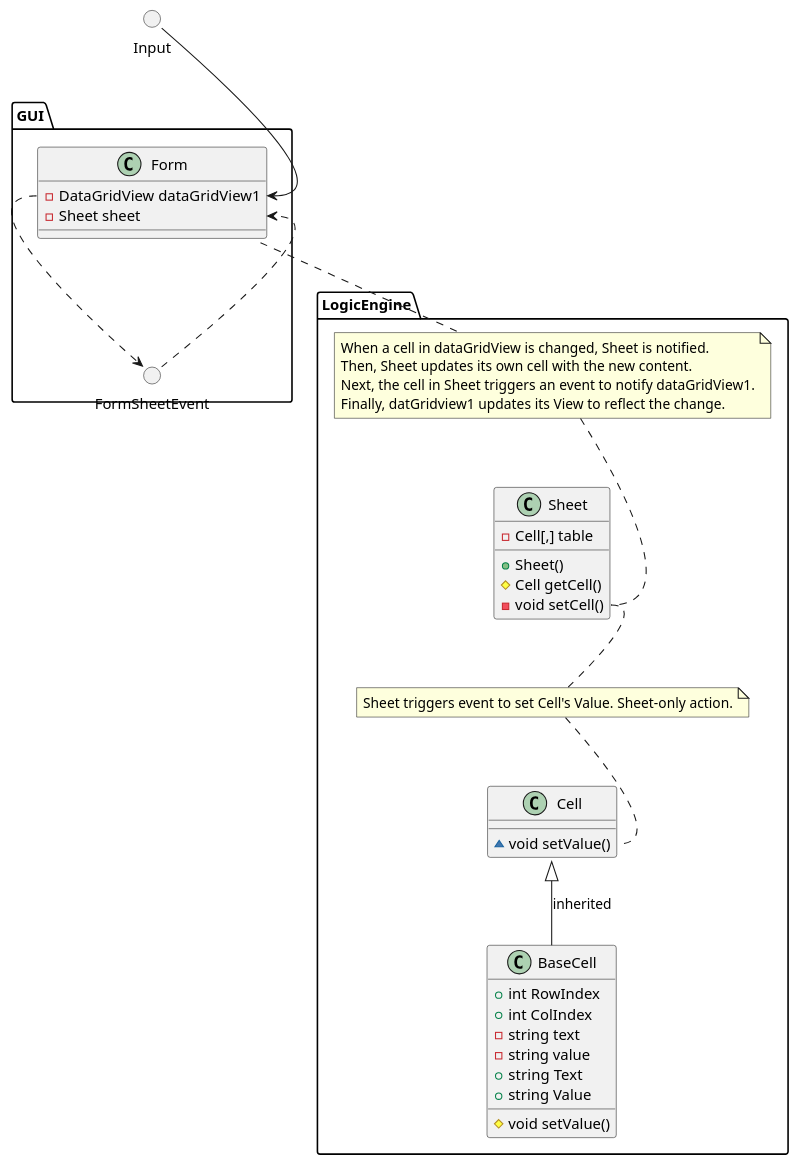
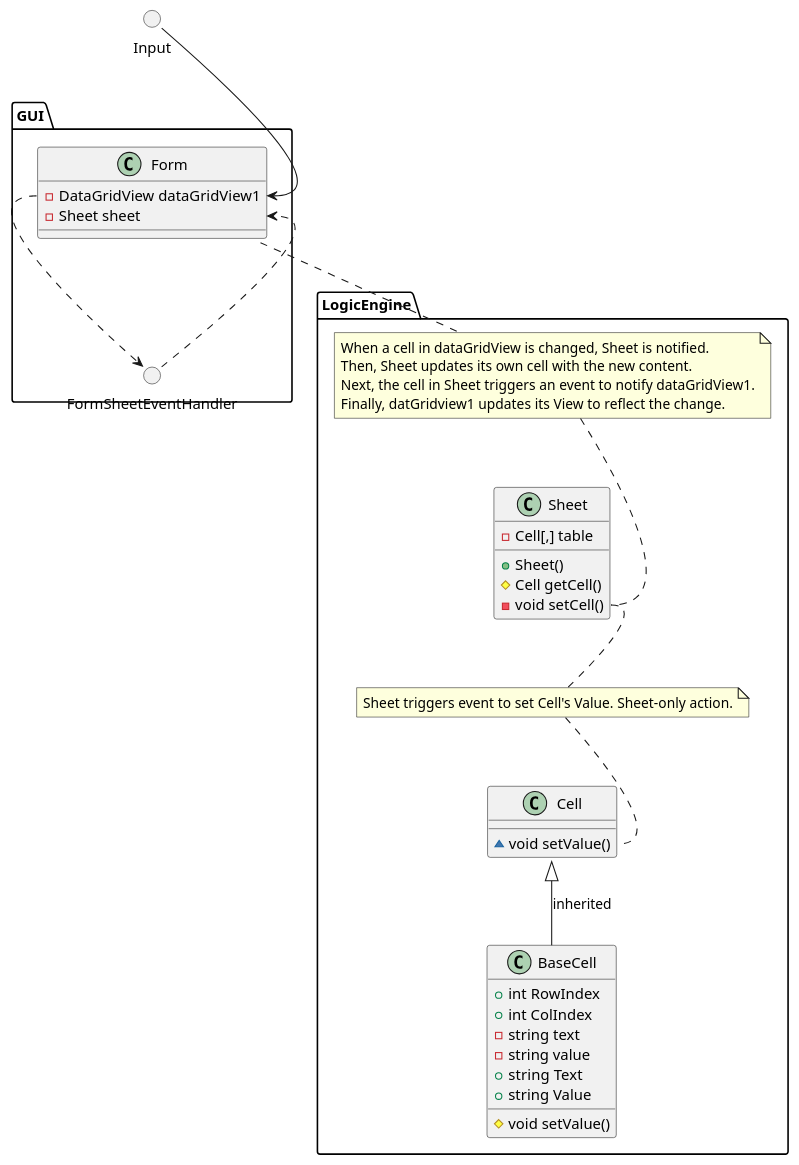
Before and after one commit to nkarl/dotnet.core6.winforms.spreadsheet.rework.rework: the diagram in Docs.Design/Sheet_Cell_Communication.wsd, drawn with PlantUML. The commit also changed 6 other files, not shown here.

Commit message:
Added a PlantUML diagram for solution folder hierarchy.

```diff
--- a/Docs.Design/Sheet_Cell_Communication.wsd
+++ b/Docs.Design/Sheet_Cell_Communication.wsd
@@ -1,53 +1,53 @@
-@startuml Sheet_Cell_Communication.png
+@startuml Sheet_Cell_Communication
 
     () Input
 
     package GUI {
 
         class Form {
             -DataGridView dataGridView1
             -Sheet sheet
         }
 
     Input --> Form::dataGridView1
-    () FormSheetEvent
-    Form::dataGridView1 ..> FormSheetEvent
-    FormSheetEvent ..> Form::sheet
+    () FormSheetEventHandler
+    Form::dataGridView1 ..> FormSheetEventHandler
+    FormSheetEventHandler ..> Form::sheet
     }
 
 package LogicEngine {
 
     class Sheet {
         -Cell[,] table
         +Sheet()
         #Cell getCell()
         -void setCell()
     }
 
     class Cell {
         ~void setValue()
     }
 
     class BaseCell {
         +int RowIndex
         +int ColIndex
         -string text
         -string value
         +string Text
         +string Value
         #void setValue()
     }
 
     note "When a cell in dataGridView is changed, Sheet is notified.\nThen, Sheet updates its own cell with the new content.\nNext, the cell in Sheet triggers an event to notify dataGridView1.\nFinally, datGridview1 updates its View to reflect the change." as FormSheet1
     Form::dataGridView .. FormSheet1
     FormSheet1 .. Sheet::setCell
 
 
     Cell <|-- BaseCell : inherited
 
     note "Sheet triggers event to set Cell's Value. Sheet-only action." as SheetCell1
     Sheet::setCell .. SheetCell1
     SheetCell1 .. Cell::setValue
 }
 
 @enduml
```
